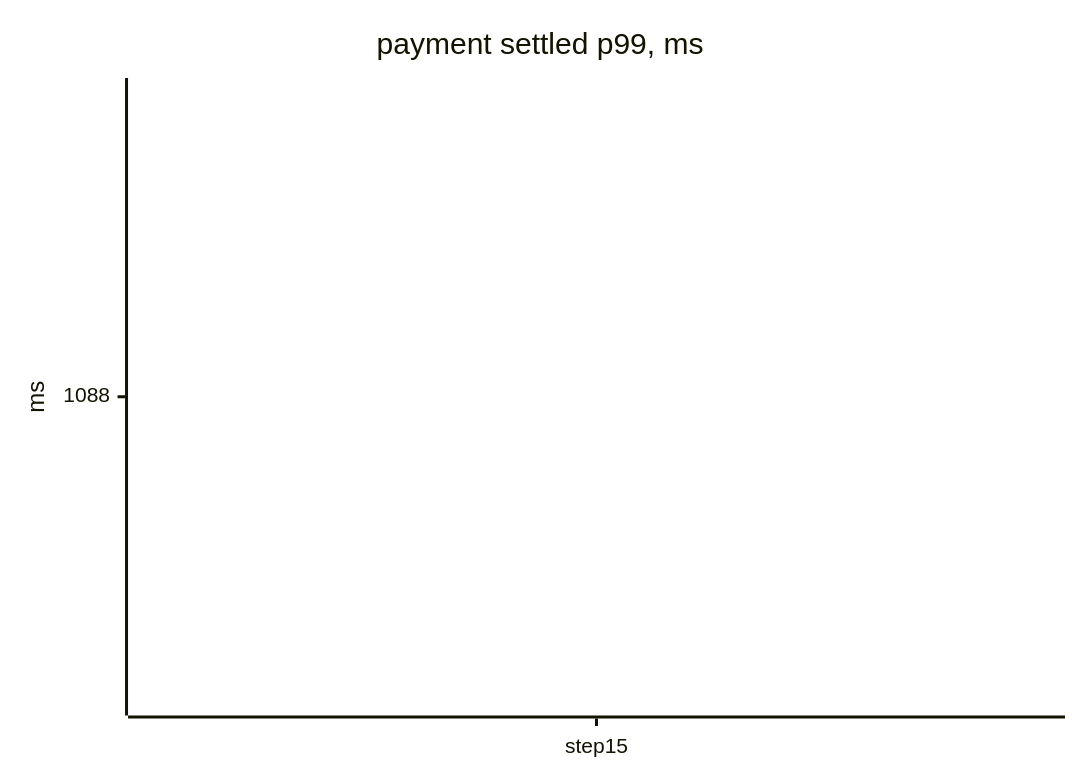
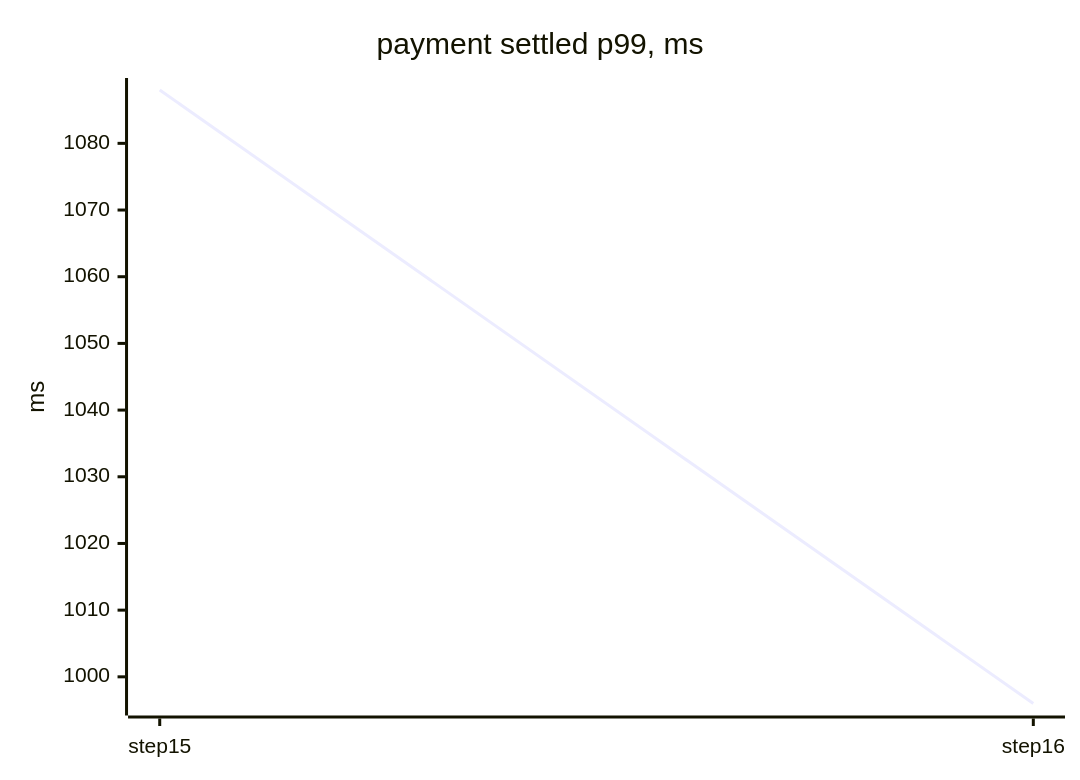
Before and after one commit to tanvoid0/ledgerflow: the fourth of 4 diagrams in docs/perf/README.md, drawn with Mermaid. The commit also changed other lines of this file and 8 other files, not shown here.

````diff
--- a/docs/perf/README.md
+++ b/docs/perf/README.md
@@ -76,7 +84,7 @@
 ```mermaid
 xychart-beta
     title "payment settled p99, ms"
-    x-axis ["step15"]
+    x-axis ["step15", "step16"]
     y-axis "ms"
-    line [1088]
+    line [1088, 996]
 ```
````
